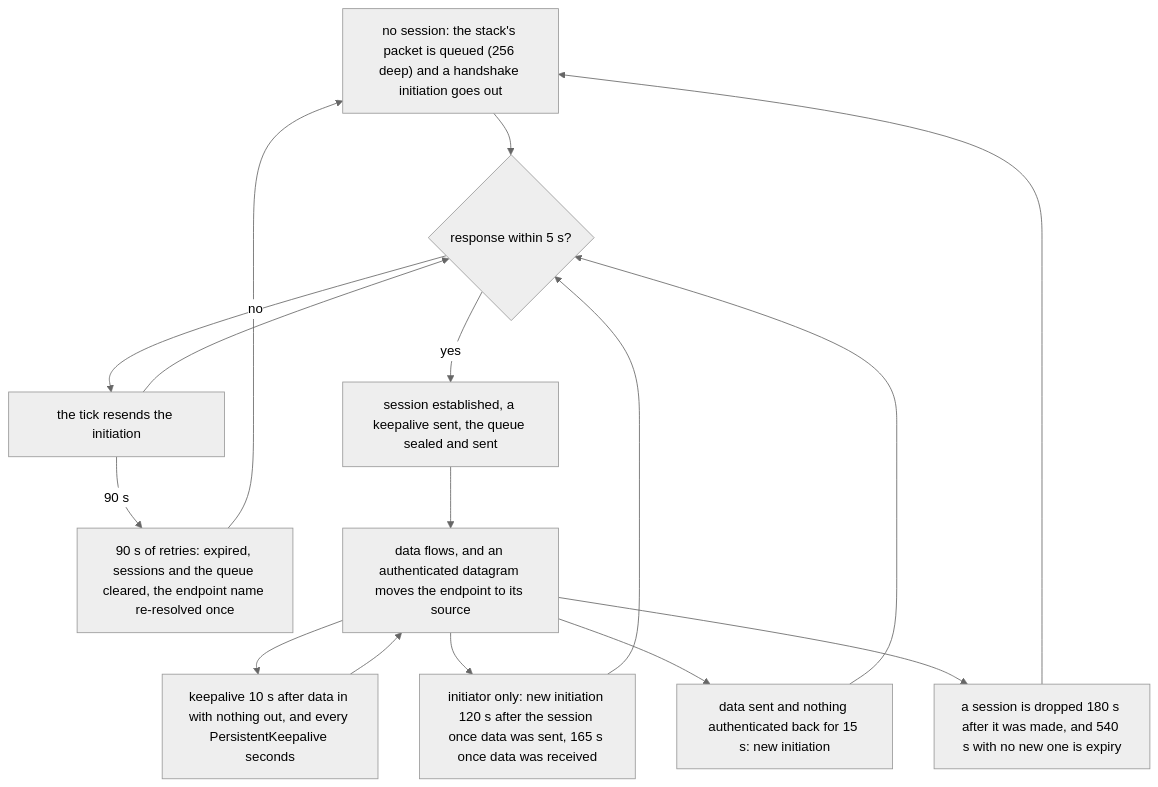
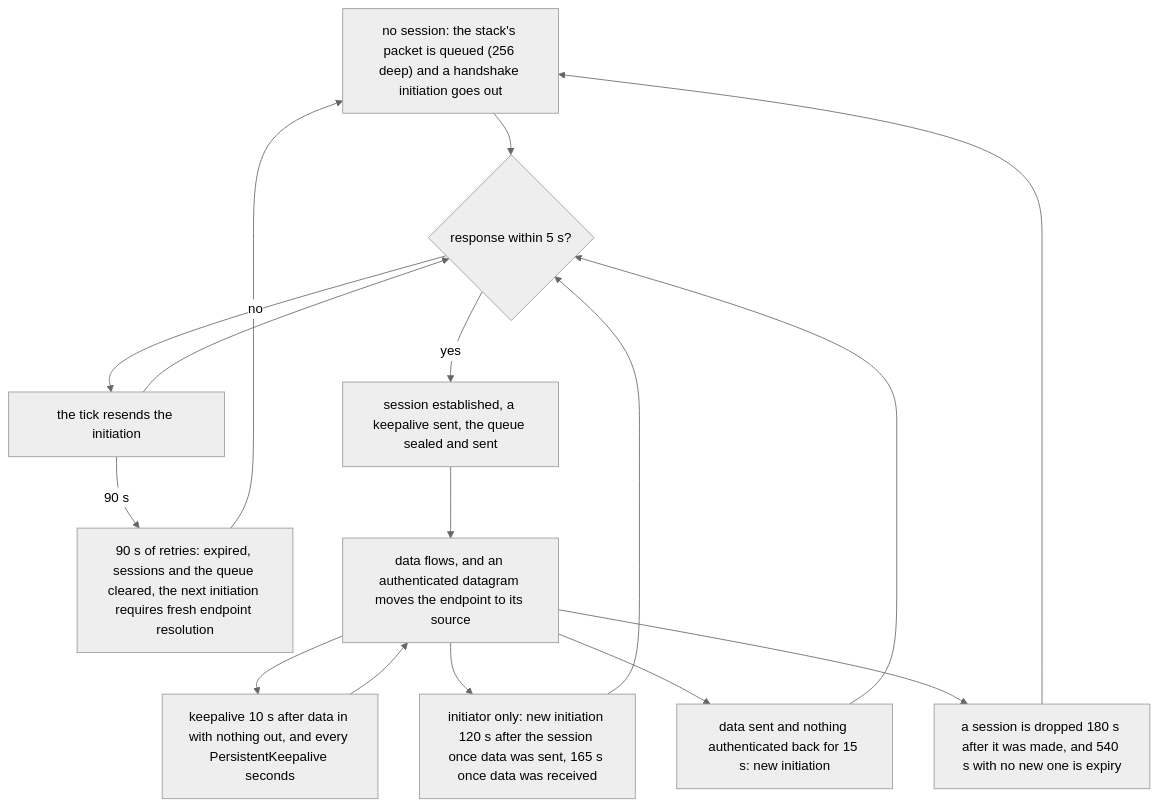
One commit to fiorix/chan changed the second of 2 diagrams in crates/chan-wireguard/design.md. Above: the diagram before and after it, drawn with Mermaid (neutral theme). The commit also changed other lines of this file and 23 other files, not shown here.

````diff
--- a/crates/chan-wireguard/design.md
+++ b/crates/chan-wireguard/design.md
@@ -41,21 +41,21 @@
 ```mermaid
 flowchart TD
     Idle["no session: the stack's packet is queued (256 deep) and a handshake initiation goes out"]
     Wait{"response within 5 s?"}
     Retry["the tick resends the initiation"]
-    Expired["90 s of retries: expired, sessions and the queue cleared, the endpoint name re-resolved once"]
+    Expired["90 s of retries: expired, sessions and the queue cleared, the next initiation requires fresh endpoint resolution"]
     Est["session established, a keepalive sent, the queue sealed and sent"]
     Data["data flows, and an authenticated datagram moves the endpoint to its source"]
     Rekey["initiator only: new initiation 120 s after the session once data was sent, 165 s once data was received"]
     Lost["data sent and nothing authenticated back for 15 s: new initiation"]
     Keep["keepalive 10 s after data in with nothing out, and every PersistentKeepalive seconds"]
     Reject["a session is dropped 180 s after it was made, and 540 s with no new one is expiry"]
     Idle --> Wait
     Wait -->|"no"| Retry --> Wait
     Retry -->|"90 s"| Expired --> Idle
     Wait -->|"yes"| Est --> Data
     Data --> Keep --> Data
     Data --> Rekey --> Wait
     Data --> Lost --> Wait
     Data --> Reject --> Idle
 ```
````
